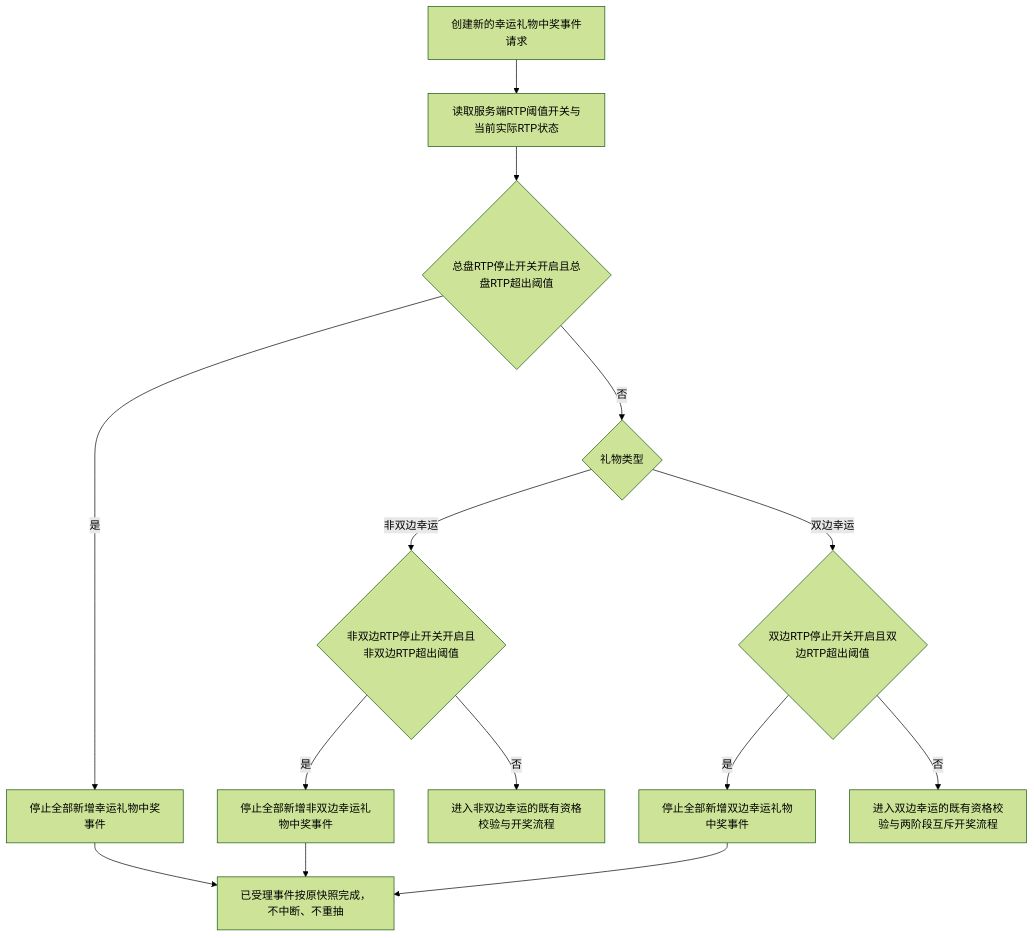
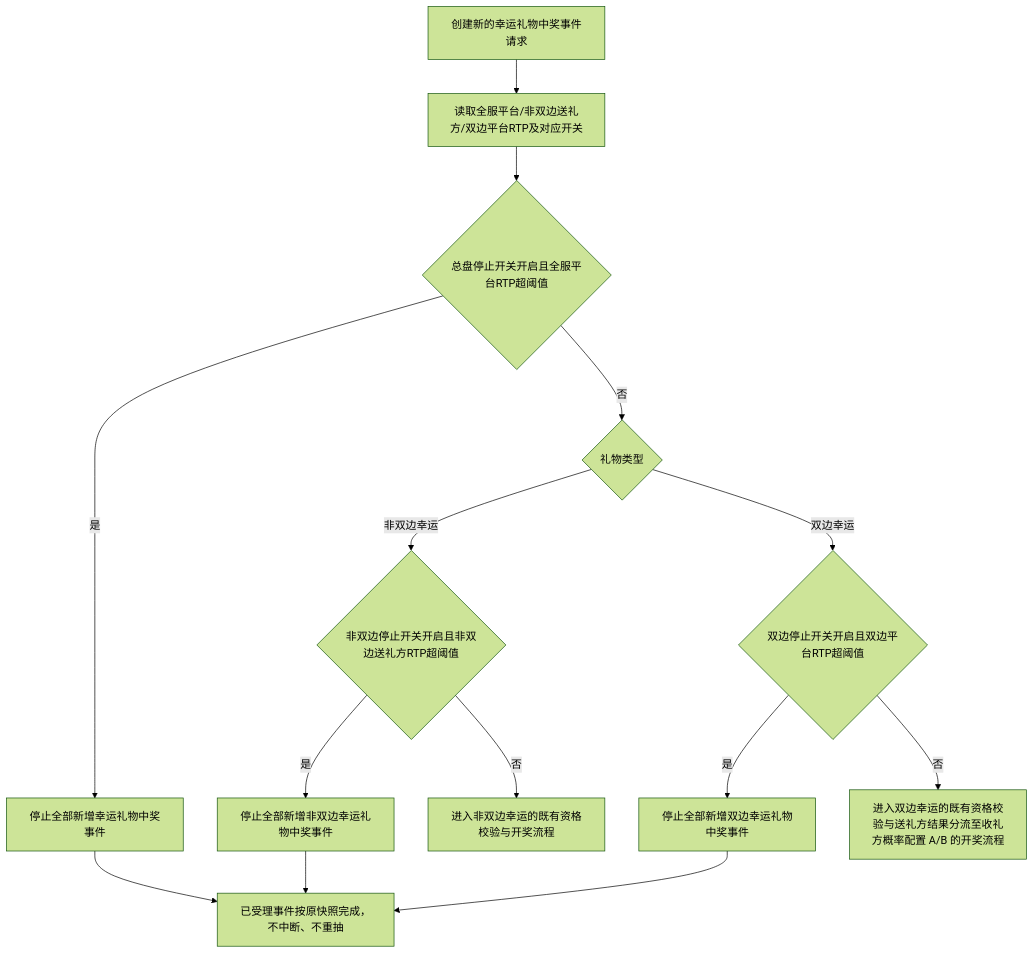
One commit to kocekid/LuckGift1.0 changed the fourth of 7 diagrams in 幸运礼物1.0_核心逻辑需求文档.md. Above: the diagram before and after it, drawn with Mermaid (forest theme). The commit also changed other lines of this file and 2 other files, not shown here.

````diff
--- a/幸运礼物1.0_核心逻辑需求文档.md
+++ b/幸运礼物1.0_核心逻辑需求文档.md
@@ -275,16 +272,16 @@
 ```mermaid
 flowchart TD
-    A[创建新的幸运礼物中奖事件请求] --> B[读取服务端RTP阈值开关与当前实际RTP状态]
-    B --> C{总盘RTP停止开关开启且总盘RTP超出阈值}
+    A[创建新的幸运礼物中奖事件请求] --> B[读取全服平台/非双边送礼方/双边平台RTP及对应开关]
+    B --> C{总盘停止开关开启且全服平台RTP超阈值}
     C -->|是| D[停止全部新增幸运礼物中奖事件]
     D --> E[已受理事件按原快照完成，不中断、不重抽]
     C -->|否| F{礼物类型}
-    F -->|非双边幸运| G{非双边RTP停止开关开启且非双边RTP超出阈值}
+    F -->|非双边幸运| G{非双边停止开关开启且非双边送礼方RTP超阈值}
     G -->|是| H[停止全部新增非双边幸运礼物中奖事件]
     H --> E
     G -->|否| I[进入非双边幸运的既有资格校验与开奖流程]
-    F -->|双边幸运| J{双边RTP停止开关开启且双边RTP超出阈值}
+    F -->|双边幸运| J{双边停止开关开启且双边平台RTP超阈值}
     J -->|是| K[停止全部新增双边幸运礼物中奖事件]
     K --> E
-    J -->|否| L[进入双边幸运的既有资格校验与两阶段互斥开奖流程]
+    J -->|否| L[进入双边幸运的既有资格校验与送礼方结果分流至收礼方概率配置 A/B 的开奖流程]
 ```
````
